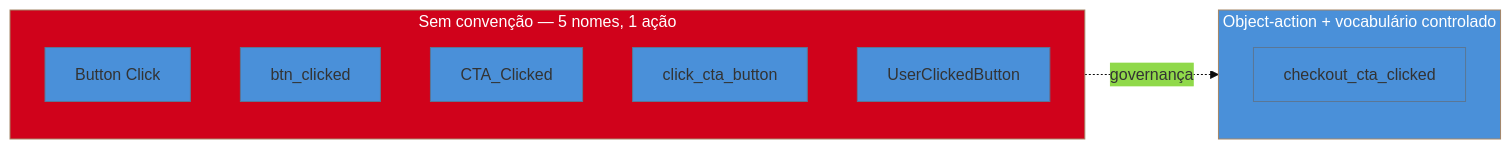
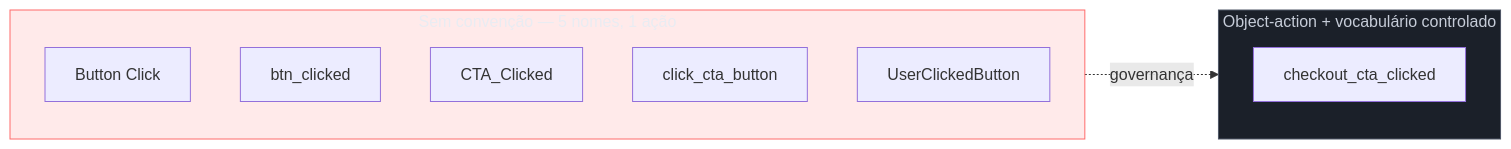
Before and after one commit to josenaldo/codex-technomanticus: the diagram in 03-Dominios/Engenharia/UX/Medir, Validar e Sustentar/41 - Instrumentação - event taxonomy e tracking plan.md, drawn with Mermaid. The commit also changed 1181 other files, not shown here.

First line of the commit message:
fix(diagramas): paleta do sistema no lugar de cor cravada no markdown

````diff
--- a/03-Dominios/Engenharia/UX/Medir, Validar e Sustentar/41 - Instrumentação - event taxonomy e tracking plan.md
+++ b/03-Dominios/Engenharia/UX/Medir, Validar e Sustentar/41 - Instrumentação - event taxonomy e tracking plan.md
@@ -27,17 +27,18 @@
 ```mermaid
-%%{init: {"theme": "base", "themeVariables": {"primaryColor": "#4A90D9"}}}%%
 graph LR
+    classDef falha fill:#FF6B6B24,stroke:#FF6B6B,color:#E9ECF2
+    classDef neutro fill:#1B2029,stroke:#4E5666,color:#C6CCD8
     subgraph SEM["Sem convenção — 5 nomes, 1 ação"]
         A1["Button Click"]
         A2["btn_clicked"]
         A3["CTA_Clicked"]
         A4["click_cta_button"]
         A5["UserClickedButton"]
     end
     subgraph COM["Object-action + vocabulário controlado"]
         B1["checkout_cta_clicked"]
     end
     SEM -.->|"governança"| COM
-    style SEM fill:#D0021B,color:#fff
-    style COM fill:#4A90D9,color:#fff
+    class SEM falha
+    class COM neutro
 ```
````
